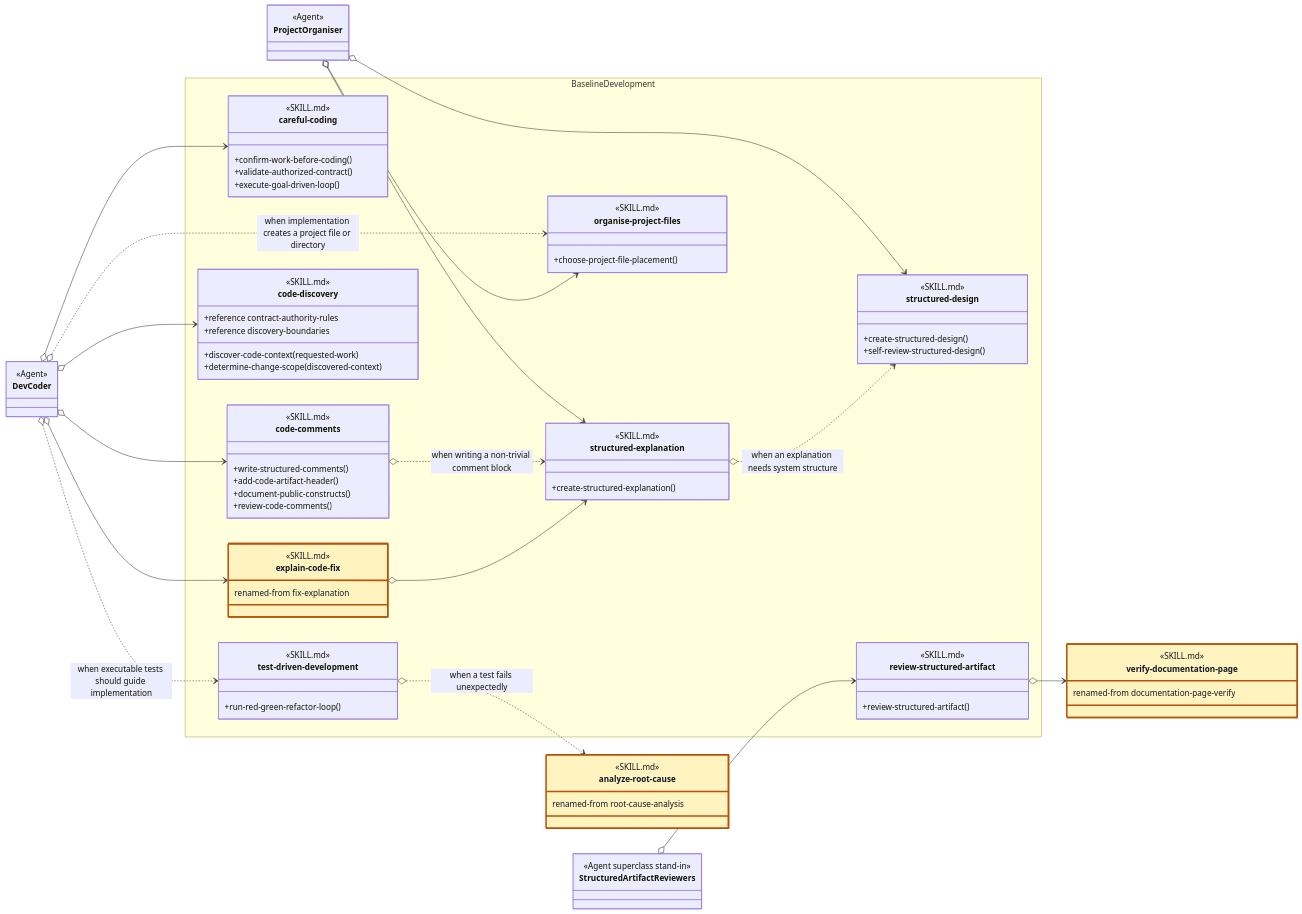
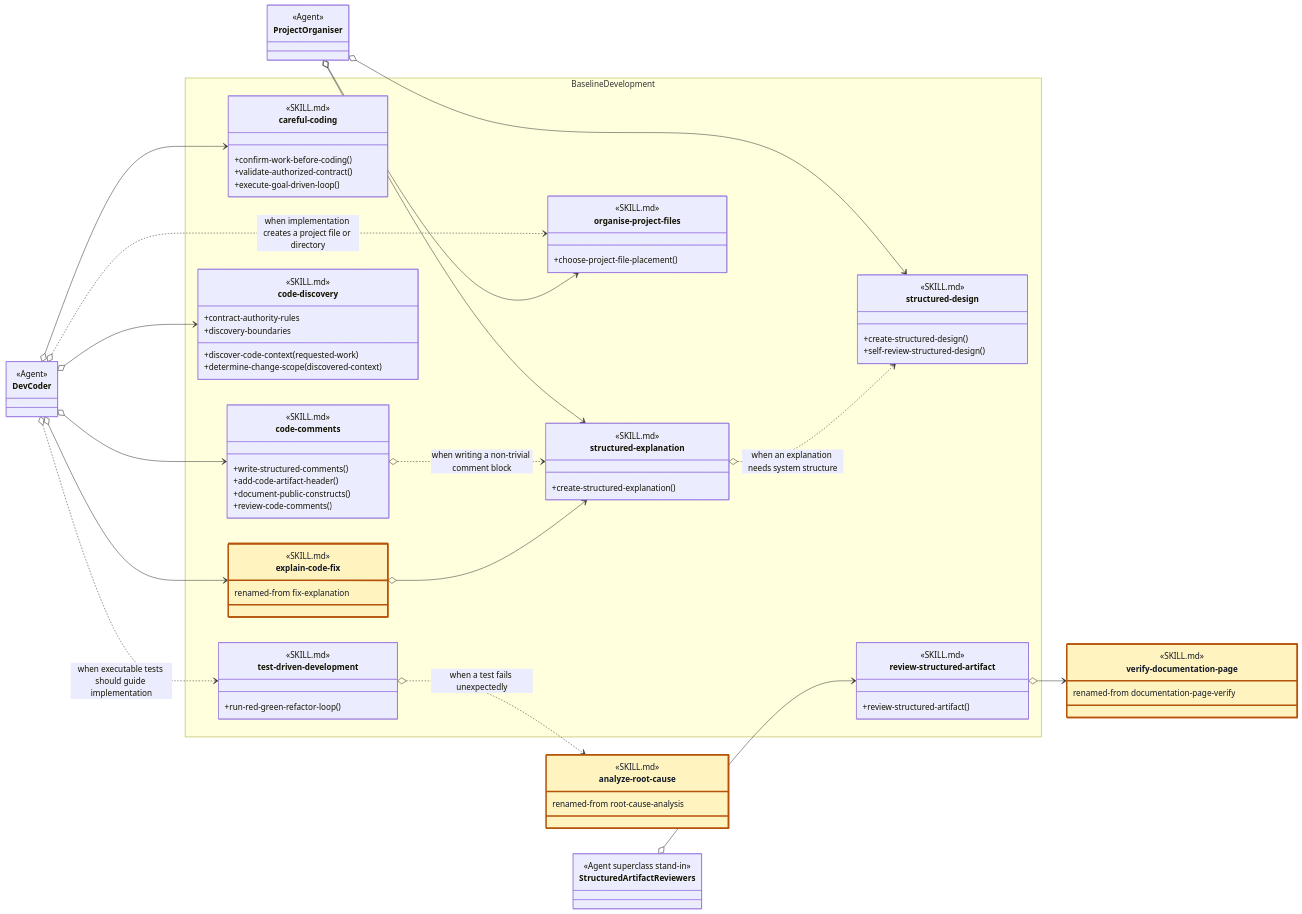
One commit to martinbechard/dev-methodology changed the second of 2 diagrams in design/skill-groups/baseline-development.md. Above: the diagram before and after it, drawn with Mermaid. The commit also changed other lines of this file and 9 other files, not shown here.

```diff
--- a/design/skill-groups/baseline-development.md
+++ b/design/skill-groups/baseline-development.md
@@ -143,7 +141,6 @@
         class code-comments {
             <<SKILL.md>>
             <<Agent Skill>>
-            <<Peer Skill>>
             +write-structured-comments()
             +add-code-artifact-header()
             +document-public-constructs()
@@ -155,21 +152,19 @@
             <<Agent Skill>>
             +discover-code-context(requested-work)
             +determine-change-scope(discovered-context)
-            +reference contract-authority-rules
-            +reference discovery-boundaries
+            +contract-authority-rules
+            +discovery-boundaries
         }
 
         class test-driven-development {
             <<SKILL.md>>
             <<Agent Skill>>
-            <<Peer Skill>>
             +run-red-green-refactor-loop()
         }
 
         class structured-design {
             <<SKILL.md>>
             <<Agent Skill>>
-            <<Peer Skill>>
             +create-structured-design()
             +self-review-structured-design()
         }
@@ -177,7 +172,6 @@
         class structured-explanation {
             <<SKILL.md>>
             <<Agent Skill>>
-            <<Peer Skill>>
             +create-structured-explanation()
         }
 
@@ -190,14 +184,12 @@
         class review-structured-artifact {
             <<SKILL.md>>
             <<Agent Skill>>
-            <<Peer Skill>>
             +review-structured-artifact()
         }
 
         class explain-code-fix:::renamed {
             <<SKILL.md>>
             <<Agent Skill>>
-            <<Peer Skill>>
             renamed-from fix-explanation
         }
     }
```
